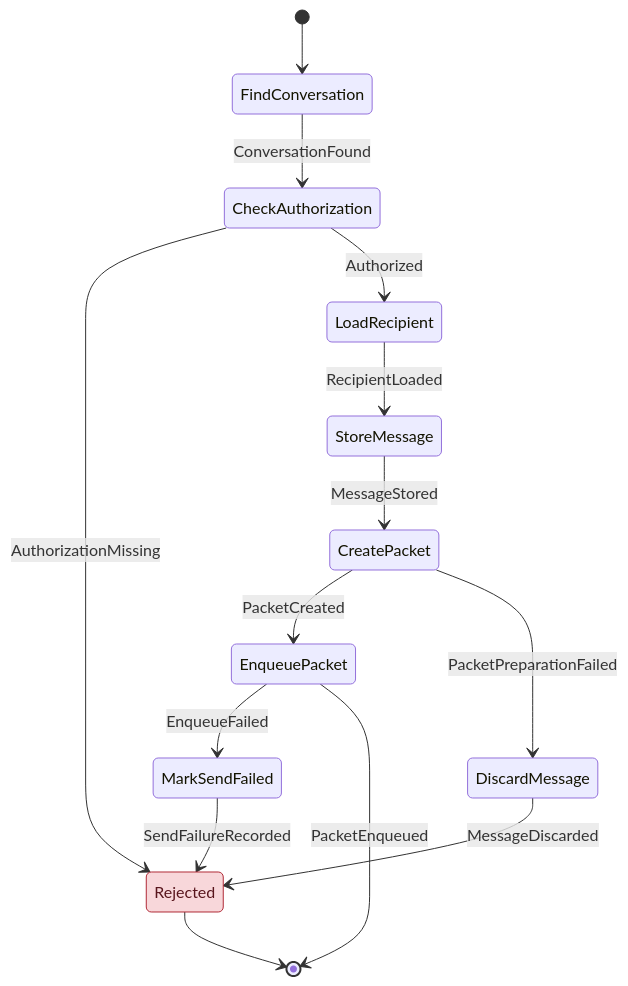
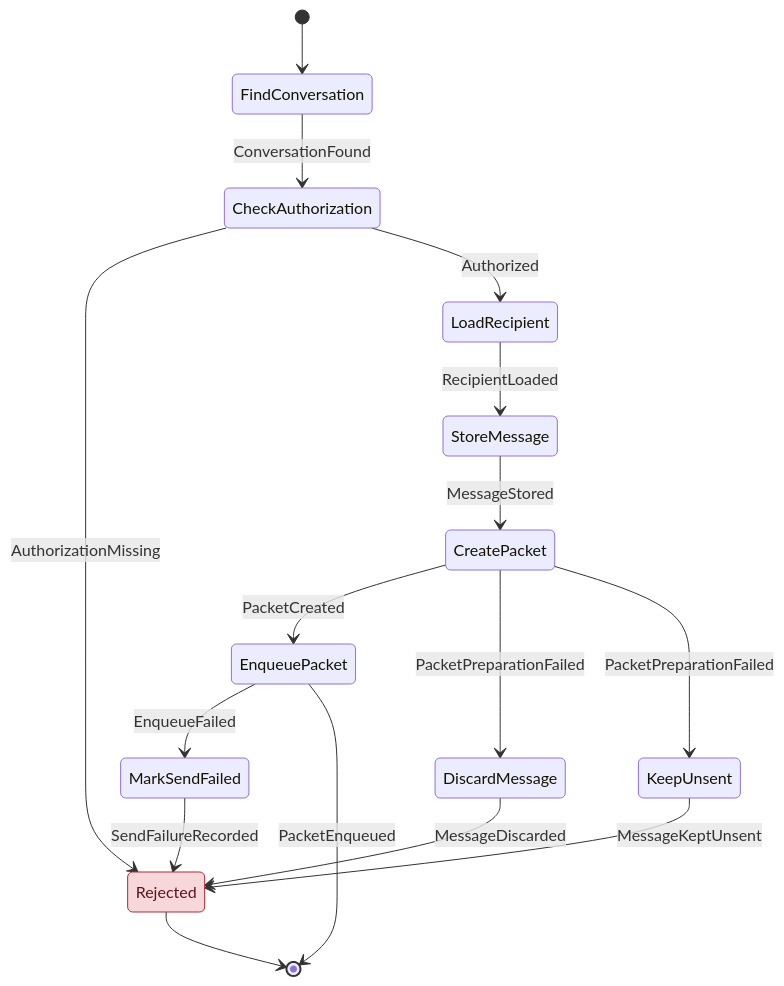
One commit to cbgm/Sparrow changed the third of 27 diagrams in docs/architecture/workflows/message.md. Above: the diagram before and after it, drawn with Mermaid. The commit also changed other lines of this file and 28 other files, not shown here.

Commit message:
Keep unsent attachment messages and resend them

````diff
--- a/docs/architecture/workflows/message.md
+++ b/docs/architecture/workflows/message.md
@@ -107,18 +108,20 @@
 ```mermaid
 stateDiagram-v2
     [*] --> FindConversation
     FindConversation --> CheckAuthorization : ConversationFound
     CheckAuthorization --> Rejected : AuthorizationMissing
     CheckAuthorization --> LoadRecipient : Authorized
     LoadRecipient --> StoreMessage : RecipientLoaded
     StoreMessage --> CreatePacket : MessageStored
     CreatePacket --> EnqueuePacket : PacketCreated
     CreatePacket --> DiscardMessage : PacketPreparationFailed
+    CreatePacket --> KeepUnsent : PacketPreparationFailed
     DiscardMessage --> Rejected : MessageDiscarded
+    KeepUnsent --> Rejected : MessageKeptUnsent
     EnqueuePacket --> MarkSendFailed : EnqueueFailed
     EnqueuePacket --> [*] : PacketEnqueued
     MarkSendFailed --> Rejected : SendFailureRecorded
     Rejected --> [*]
     classDef reject fill:#f8d7da,stroke:#b02a37,color:#58151c
     class Rejected reject
 ```
````
